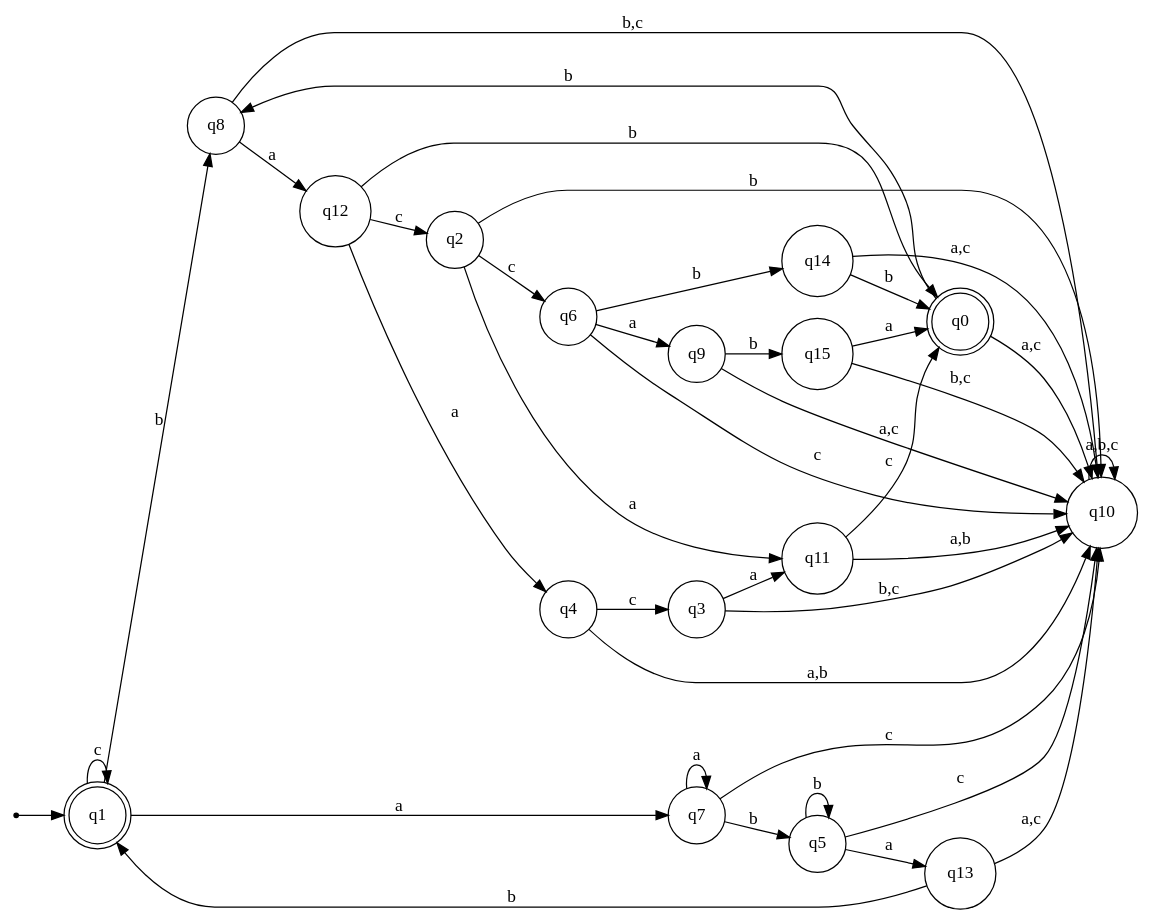
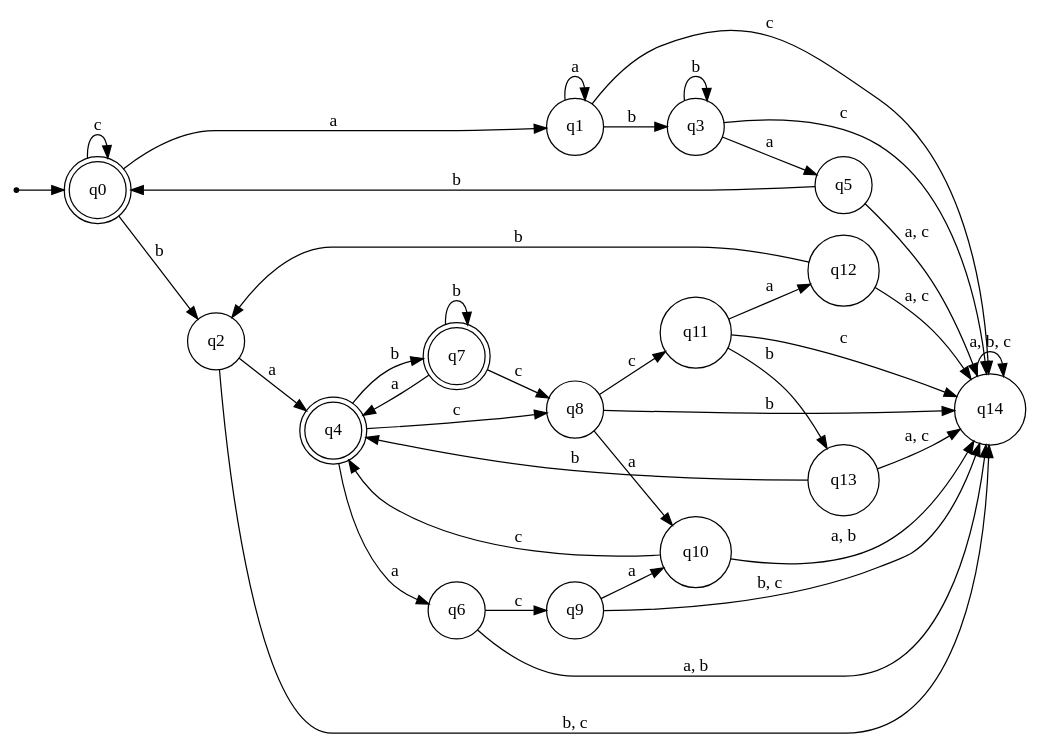
Before and after one commit to grilzzz/tfl: the diagram in lab2/dka.dot, drawn with Graphviz. The commit also changed 1 other file, not shown here.

```diff
--- a/lab2/dka.dot
+++ b/lab2/dka.dot
@@ -1,65 +1,59 @@
 digraph DFA {
-  rankdir=LR;
-  node [shape=circle];
+    rankdir=LR;
+    node [shape = doublecircle]; q0 q4 q7;
+    node [shape = circle];
 
-  start [shape=point, label=""];
-  start -> q1;
+    qi [shape=point];
+    qi -> q0;
 
-  q0 [shape=doublecircle];
-  q1 [shape=doublecircle];
+    q0 -> q1  [label="a"];
+    q0 -> q2  [label="b"];
+    q0 -> q0  [label="c"];
 
-  q2; q3; q4; q5; q6; q7; q8; q9; q10; q11; q12; q13; q14; q15;
+    q1 -> q1  [label="a"];
+    q1 -> q3  [label="b"];
+    q1 -> q14 [label="c"];
 
-  q0  -> q8  [label="b"];
-  q0  -> q10 [label="a,c"];
+    q2 -> q4  [label="a"];
+    q2 -> q14 [label="b, c"];
 
-  q1  -> q7  [label="a"];
-  q1  -> q8  [label="b"];
-  q1  -> q1  [label="c"];
+    q3 -> q5  [label="a"];
+    q3 -> q3  [label="b"];
+    q3 -> q14 [label="c"];
 
-  q2  -> q11 [label="a"];
-  q2  -> q10 [label="b"];
-  q2  -> q6  [label="c"];
+    q4 -> q6  [label="a"];
+    q4 -> q7  [label="b"];
+    q4 -> q8  [label="c"];
 
-  q3  -> q11 [label="a"];
-  q3  -> q10 [label="b,c"];
+    q5 -> q14 [label="a, c"];
+    q5 -> q0  [label="b"];
 
-  q4  -> q3  [label="c"];
-  q4  -> q10 [label="a,b"];
+    q6 -> q14 [label="a, b"];
+    q6 -> q9  [label="c"];
 
-  q5  -> q13 [label="a"];
-  q5  -> q5  [label="b"];
-  q5  -> q10 [label="c"];
+    q7 -> q4  [label="a"];
+    q7 -> q7  [label="b"];
+    q7 -> q8  [label="c"];
 
-  q6  -> q9  [label="a"];
-  q6  -> q14 [label="b"];
-  q6  -> q10 [label="c"];
+    q8 -> q10 [label="a"];
+    q8 -> q14 [label="b"];
+    q8 -> q11 [label="c"];
 
-  q7  -> q7  [label="a"];
-  q7  -> q5  [label="b"];
-  q7  -> q10 [label="c"];
+    q9 -> q10 [label="a"];
+    q9 -> q14 [label="b, c"];
 
-  q8  -> q12 [label="a"];
-  q8  -> q10 [label="b,c"];
+    q10 -> q14 [label="a, b"];
+    q10 -> q4  [label="c"];
 
-  q9  -> q15 [label="b"];
-  q9  -> q10 [label="a,c"];
+    q11 -> q12 [label="a"];
+    q11 -> q13 [label="b"];
+    q11 -> q14 [label="c"];
 
-  q10 -> q10 [label="a,b,c"]; // ловушка
+    q12 -> q14 [label="a, c"];
+    q12 -> q2  [label="b"];
 
-  q11 -> q0  [label="c"];
-  q11 -> q10 [label="a,b"];
+    q13 -> q14 [label="a, c"];
+    q13 -> q4  [label="b"];
 
-  q12 -> q4  [label="a"];
-  q12 -> q0  [label="b"];
-  q12 -> q2  [label="c"];
-
-  q13 -> q1  [label="b"];
-  q13 -> q10 [label="a,c"];
-
-  q14 -> q0  [label="b"];
-  q14 -> q10 [label="a,c"];
-
-  q15 -> q0  [label="a"];
-  q15 -> q10 [label="b,c"];
+    q14 -> q14 [label="a, b, c"];
 }
```
